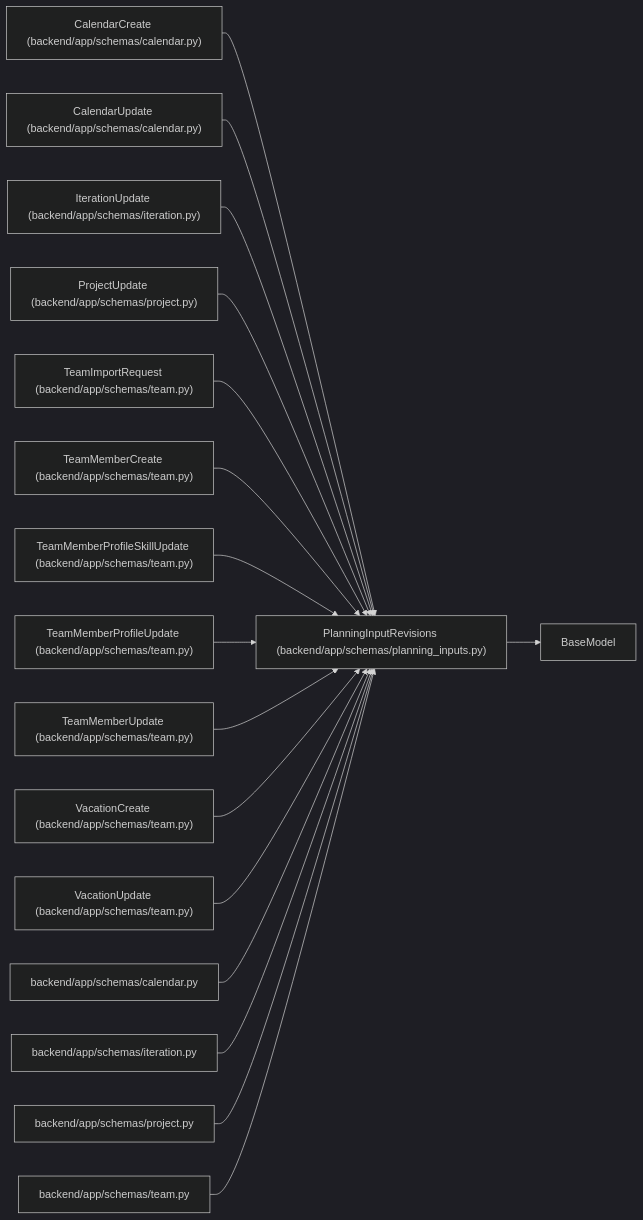
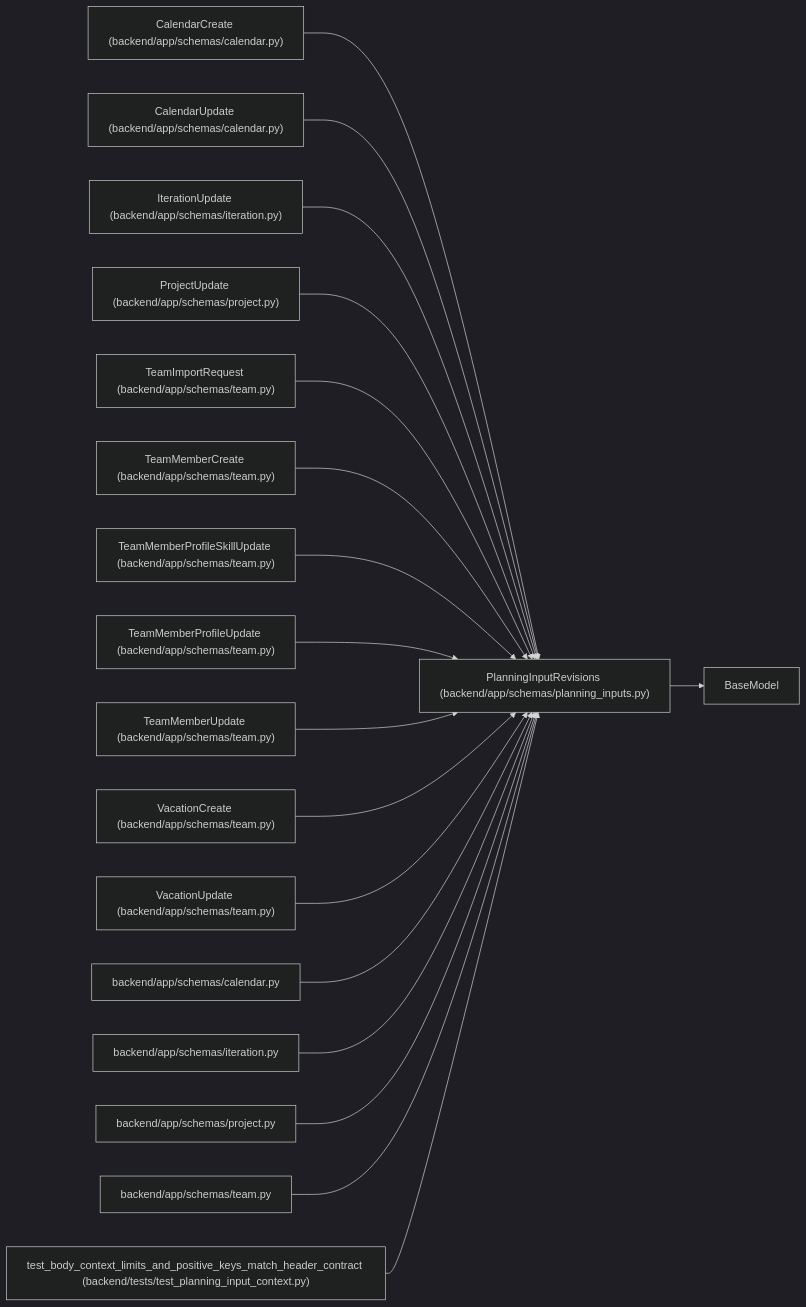
Before and after one commit to Denissvgn/WorkChord: the diagram in docs/llm_wiki/entities/PlanningInputRevisions.md, drawn with Mermaid (dark theme). The commit also changed other lines of this file and 476 other files, not shown here.

Commit message:
docs: document complete planning input observations

````diff
--- a/docs/llm_wiki/entities/PlanningInputRevisions.md
+++ b/docs/llm_wiki/entities/PlanningInputRevisions.md
@@ -25,52 +25,55 @@
 ```mermaid
 flowchart LR
     n0["PlanningInputRevisions (backend/app/schemas/planning_inputs.py)"]
     n1["BaseModel"]
     n2["CalendarCreate (backend/app/schemas/calendar.py)"]
     n3["CalendarUpdate (backend/app/schemas/calendar.py)"]
     n4["IterationUpdate (backend/app/schemas/iteration.py)"]
     n5["ProjectUpdate (backend/app/schemas/project.py)"]
     n6["TeamImportRequest (backend/app/schemas/team.py)"]
     n7["TeamMemberCreate (backend/app/schemas/team.py)"]
     n8["TeamMemberProfileSkillUpdate (backend/app/schemas/team.py)"]
     n9["TeamMemberProfileUpdate (backend/app/schemas/team.py)"]
     n10["TeamMemberUpdate (backend/app/schemas/team.py)"]
     n11["VacationCreate (backend/app/schemas/team.py)"]
     n12["VacationUpdate (backend/app/schemas/team.py)"]
     n13["backend/app/schemas/calendar.py"]
     n14["backend/app/schemas/iteration.py"]
     n15["backend/app/schemas/project.py"]
     n16["backend/app/schemas/team.py"]
+    n17["test_body_context_limits_and_positive_keys_match_header_contract (backend/tests/test_planning_input_context.py)"]
     n0 --> n1
     n2 --> n0
     n3 --> n0
     n4 --> n0
     n5 --> n0
     n6 --> n0
     n7 --> n0
     n8 --> n0
     n9 --> n0
     n10 --> n0
     n11 --> n0
     n12 --> n0
     n13 --> n0
     n14 --> n0
     n15 --> n0
     n16 --> n0
+    n17 --> n0
     click n0 "../modules/planning_inputs.md"
     click n2 "../modules/schemas_calendar.md"
     click n3 "../modules/schemas_calendar.md"
     click n4 "../modules/schemas_iteration.md"
     click n5 "../modules/schemas_project.md"
     click n6 "../modules/schemas_team.md"
     click n7 "../modules/schemas_team.md"
     click n8 "../modules/schemas_team.md"
     click n9 "../modules/schemas_team.md"
     click n10 "../modules/schemas_team.md"
     click n11 "../modules/schemas_team.md"
     click n12 "../modules/schemas_team.md"
     click n13 "../modules/schemas_calendar.md"
     click n14 "../modules/schemas_iteration.md"
     click n15 "../modules/schemas_project.md"
     click n16 "../modules/schemas_team.md"
+    click n17 "../modules/test_planning_input_context.md"
 ```
````
